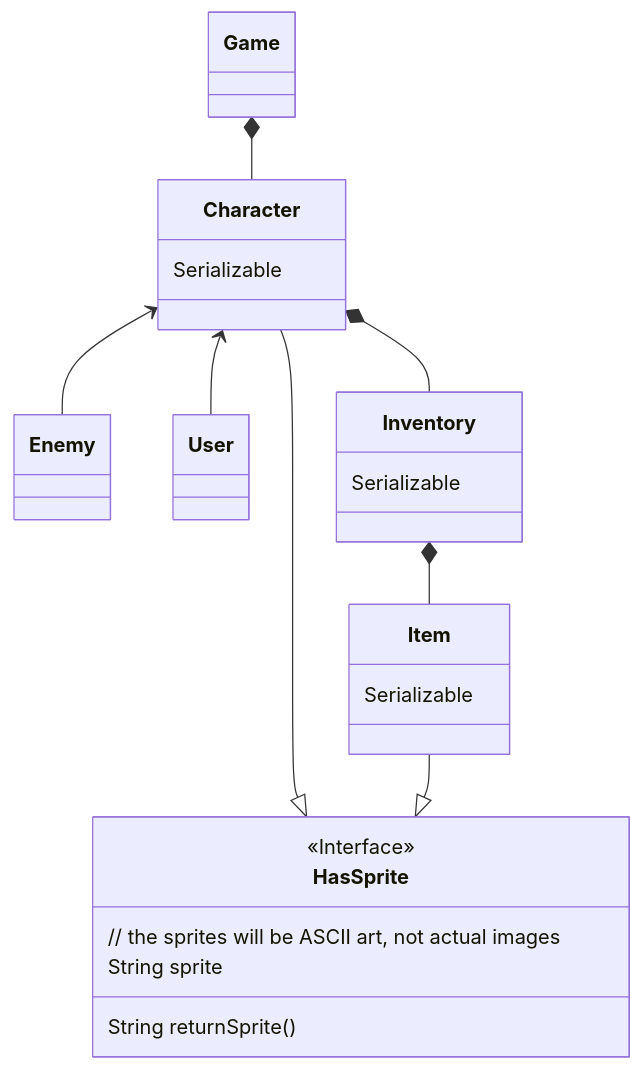
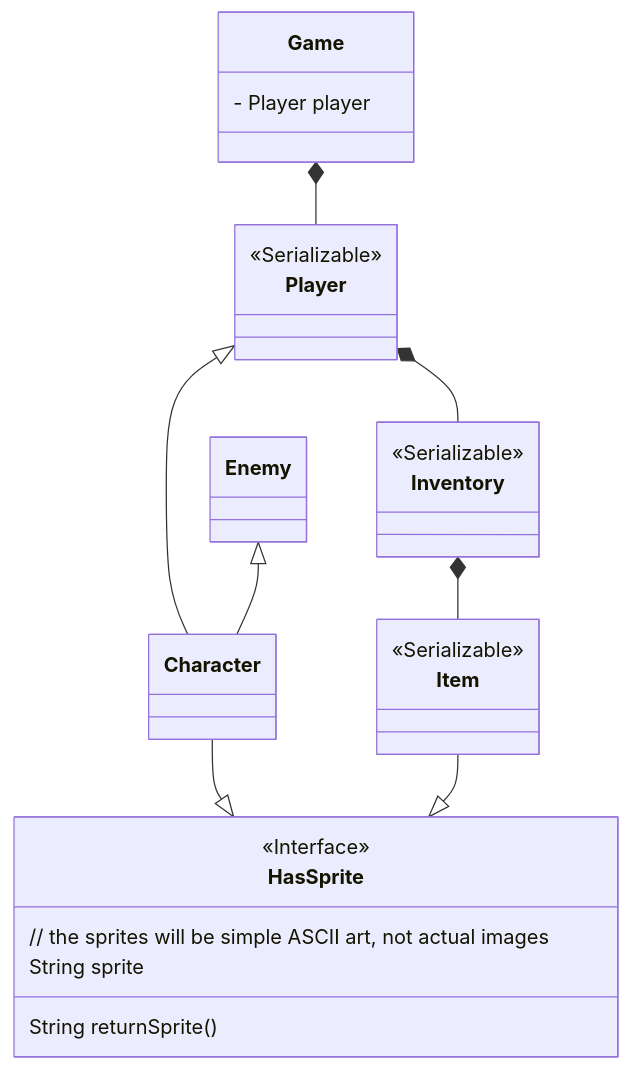
One commit to fish-2122/CS121-Final changed the diagram in README.md. Above: the diagram before and after it, drawn with Mermaid.

Commit message:
created class diagram layout

````diff
--- a/README.md
+++ b/README.md
@@ -3,36 +3,35 @@
 ```mermaid
 classDiagram
 class Game {
-
+    - Player player
 }
 class Character {
-    Serializable
 
 }
 class Enemy {
 
 }
-class User {
-
+class Player {
+    <<Serializable>>
 }
 class Inventory {
-    Serializable
+    <<Serializable>>
 }
 class Item {
-    Serializable
+    <<Serializable>>
 }
 class HasSprite {
-    // the sprites will be ASCII art, not actual images
+    // the sprites will be simple ASCII art, not actual images
     <<Interface>>
     String sprite
     String returnSprite()
 }
 
-Character <-- User
-Character <-- Enemy
+Player <|-- Character
+Enemy <|-- Character
 Character --|> HasSprite
 Item --|> HasSprite
-Game *-- Character
-Character *-- Inventory
+Game *-- Player
+Player *-- Inventory
 Inventory *-- Item
 ```
````
